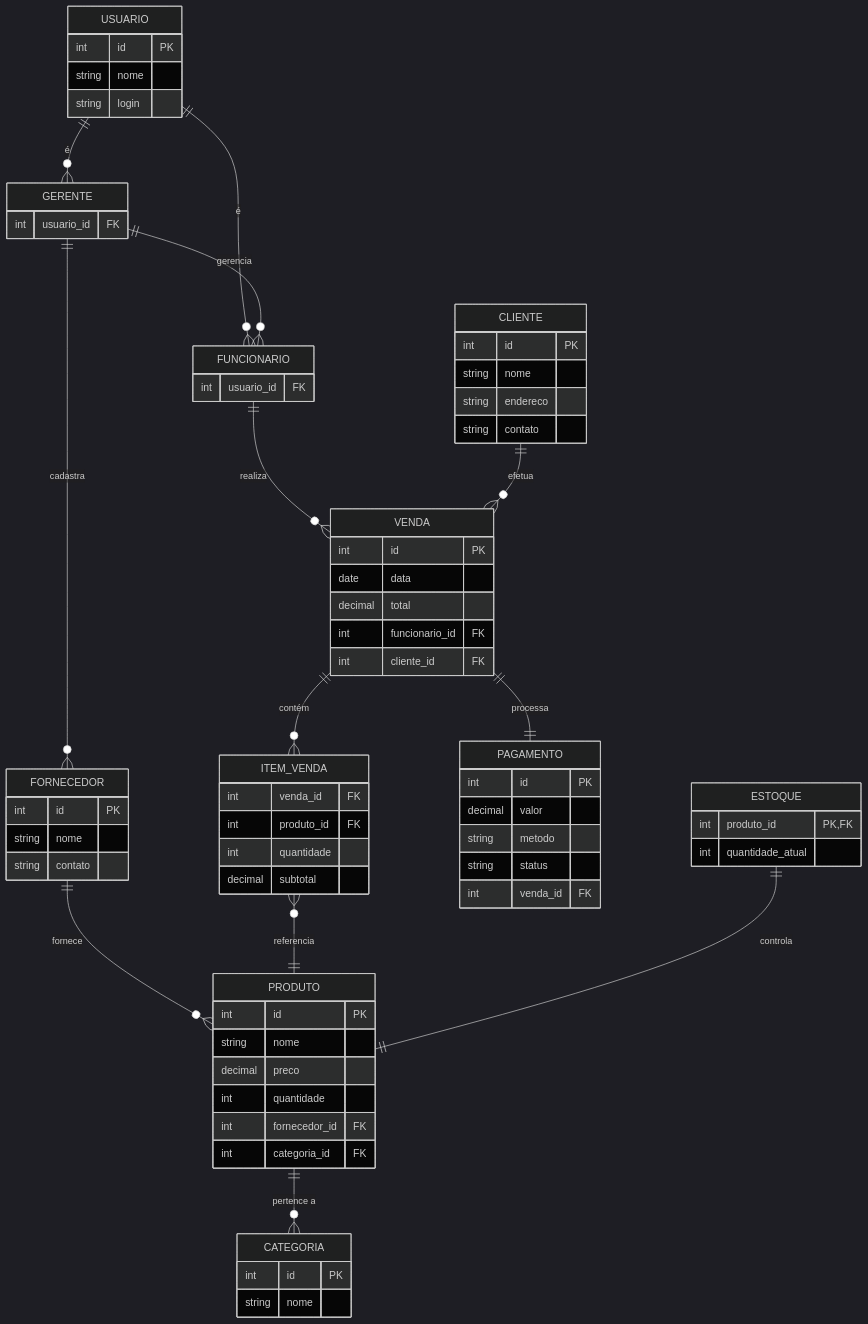
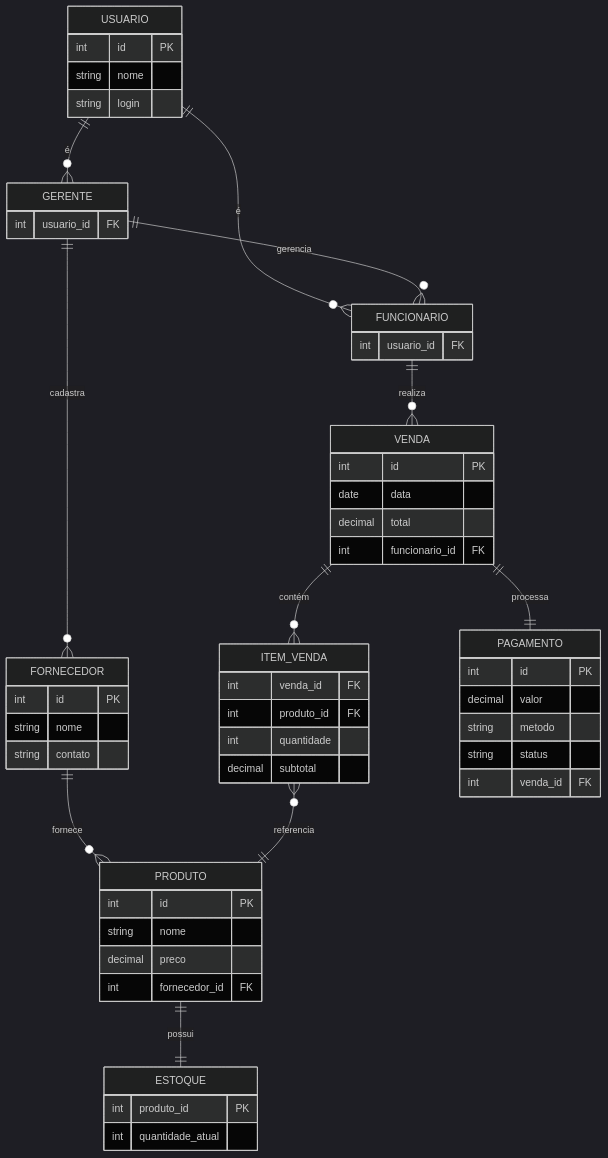
The diagram in docs/doc-apf.md (Joyce8900/SGO-EngII), drawn with Mermaid (dark theme) before and after one commit. The commit also changed other lines of this file, not shown here.

Commit message:
doc: Add estoque na análise de ponto de função e correções #75

```diff
--- a/docs/doc-apf.md
+++ b/docs/doc-apf.md
@@ -24,9 +24,7 @@
     VENDA ||--o{ ITEM_VENDA : "contém"
     ITEM_VENDA }o--|| PRODUTO : "referencia"
     VENDA ||--|| PAGAMENTO : "processa"
-    ESTOQUE ||--|| PRODUTO : "controla"
-    CLIENTE ||--o{ VENDA : "efetua"
-    PRODUTO ||--o{ CATEGORIA : "pertence a"
+    PRODUTO ||--|| ESTOQUE : "possui"
 
     USUARIO {
         int id PK
@@ -52,26 +50,12 @@
         int id PK
         string nome
         decimal preco
-        int quantidade
         int fornecedor_id FK
-        int categoria_id FK
-    }
-
-    CATEGORIA {
-        int id PK
-        string nome
     }
 
     ESTOQUE {
-        int produto_id PK, FK
+        int produto_id PK
         int quantidade_atual
-    }
-
-    CLIENTE {
-        int id PK
-        string nome
-        string endereco
-        string contato
     }
 
     VENDA {
@@ -79,7 +63,6 @@
         date data
         decimal total
         int funcionario_id FK
-        int cliente_id FK
     }
 
     ITEM_VENDA {
```
